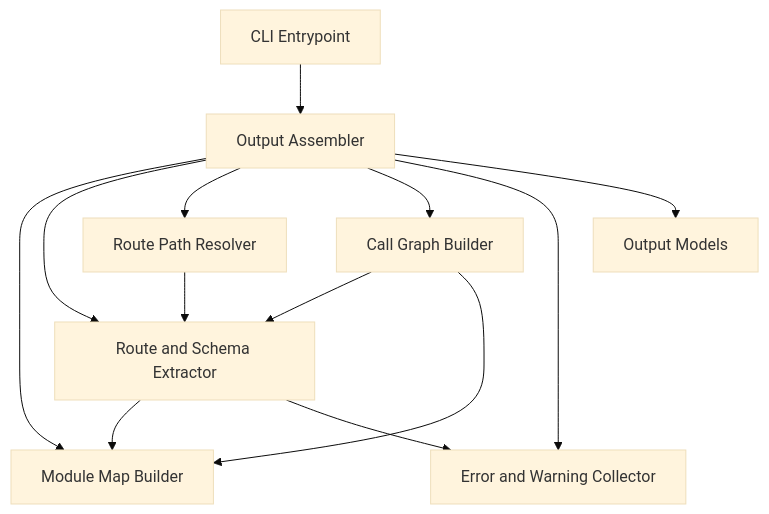
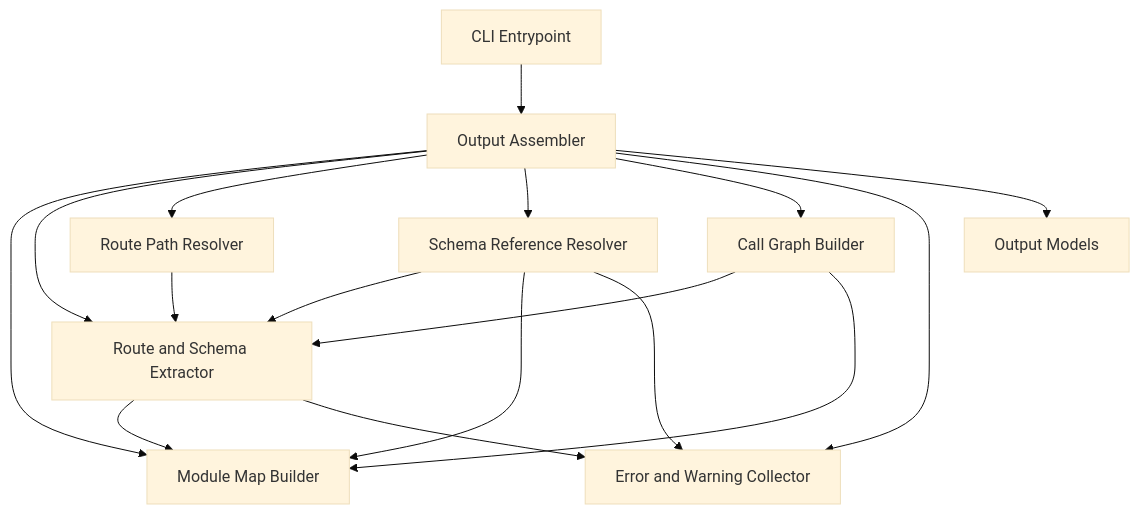
The first of 2 diagrams in .kiro/specs/backend-route-extractor/design.md (kumamoto-kouki/ApiVista), drawn with Mermaid (base theme) before and after one commit. The commit also changed other lines of this file and 1 other file, not shown here.

````diff
--- a/.kiro/specs/backend-route-extractor/design.md
+++ b/.kiro/specs/backend-route-extractor/design.md
@@ -53,24 +53,29 @@
 ```mermaid
 graph TB
     CLI[CLI Entrypoint]
     Assembler[Output Assembler]
     ModuleMap[Module Map Builder]
     Extractor[Route and Schema Extractor]
     PathResolver[Route Path Resolver]
+    SchemaResolver[Schema Reference Resolver]
     CallGraph[Call Graph Builder]
     Models[Output Models]
     Collector[Error and Warning Collector]
 
     CLI --> Assembler
     Assembler --> ModuleMap
     Assembler --> Extractor
     Assembler --> PathResolver
+    Assembler --> SchemaResolver
     Assembler --> CallGraph
     Assembler --> Collector
     Extractor --> ModuleMap
     Extractor --> Collector
     PathResolver --> Extractor
+    SchemaResolver --> Extractor
+    SchemaResolver --> ModuleMap
+    SchemaResolver --> Collector
     CallGraph --> Extractor
     CallGraph --> ModuleMap
     Assembler --> Models
 ```
````
